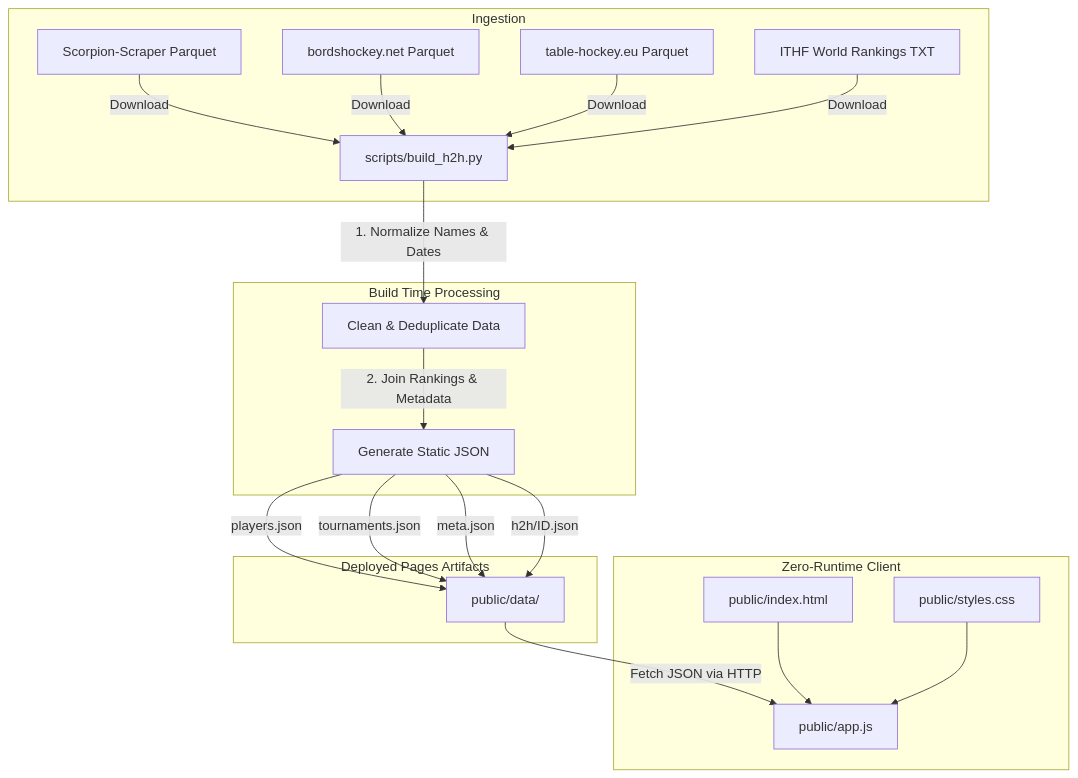
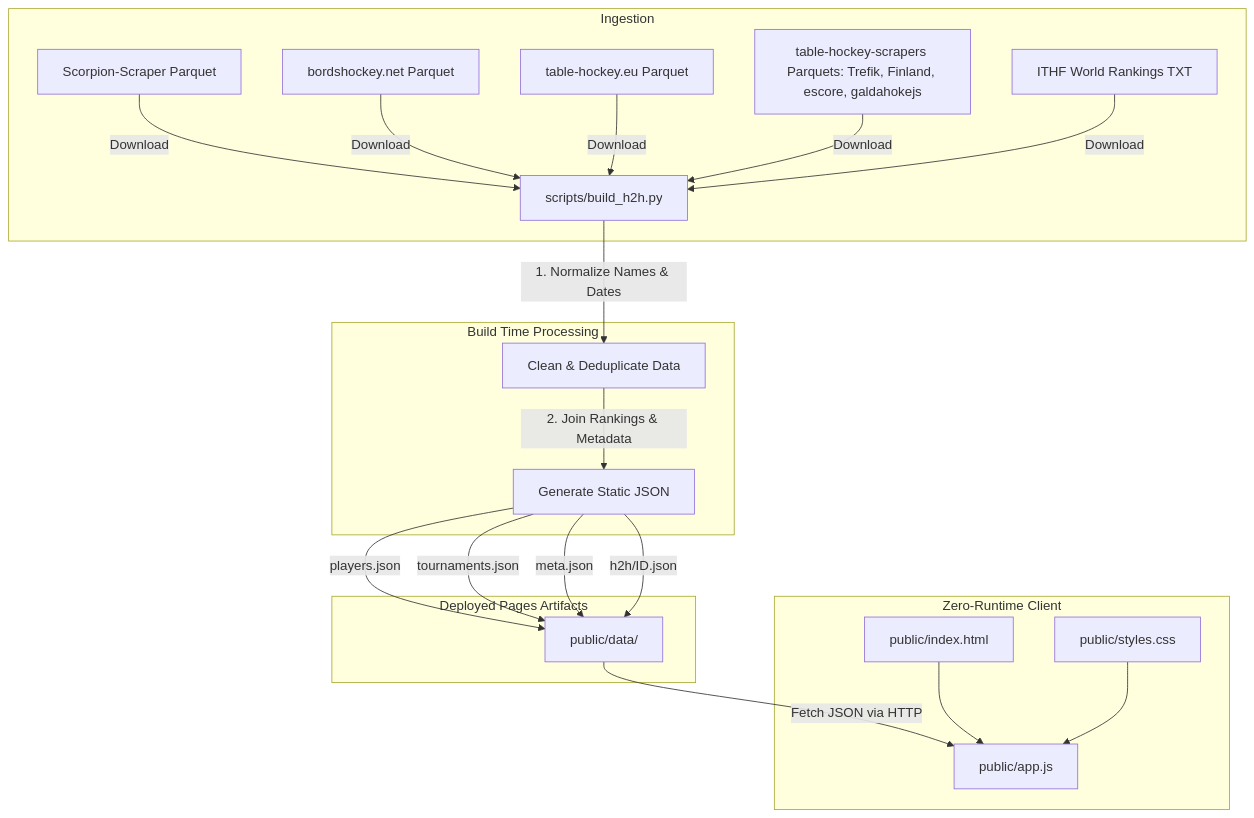
The diagram in AGENTS.md (amundfylling/table-hockey-h2h-cloudflare), drawn with Mermaid before and after one commit. The commit also changed 11 other files, not shown here.

First line of the commit message:
Add Czech Trefik, Finland, escore and galdahokejs result sources

````diff
--- a/AGENTS.md
+++ b/AGENTS.md
@@ -68,24 +68,25 @@
 ```mermaid
 graph TD
     subgraph Ingestion
         A[Scorpion-Scraper Parquet] -->|Download| D[scripts/build_h2h.py]
         B[bordshockey.net Parquet] -->|Download| D
         K[table-hockey.eu Parquet] -->|Download| D
+        L[table-hockey-scrapers Parquets: Trefik, Finland, escore, galdahokejs] -->|Download| D
         C[ITHF World Rankings TXT] -->|Download| D
     end
     subgraph Build Time Processing
         D -->|1. Normalize Names & Dates| E[Clean & Deduplicate Data]
         E -->|2. Join Rankings & Metadata| F[Generate Static JSON]
     end
     subgraph Deployed Pages Artifacts
         F -->|players.json| G[public/data/]
         F -->|tournaments.json| G
         F -->|meta.json| G
         F -->|h2h/ID.json| G
     end
     subgraph Zero-Runtime Client
         G -->|Fetch JSON via HTTP| H[public/app.js]
         I[public/index.html] --> H
         J[public/styles.css] --> H
     end
 ```
````
